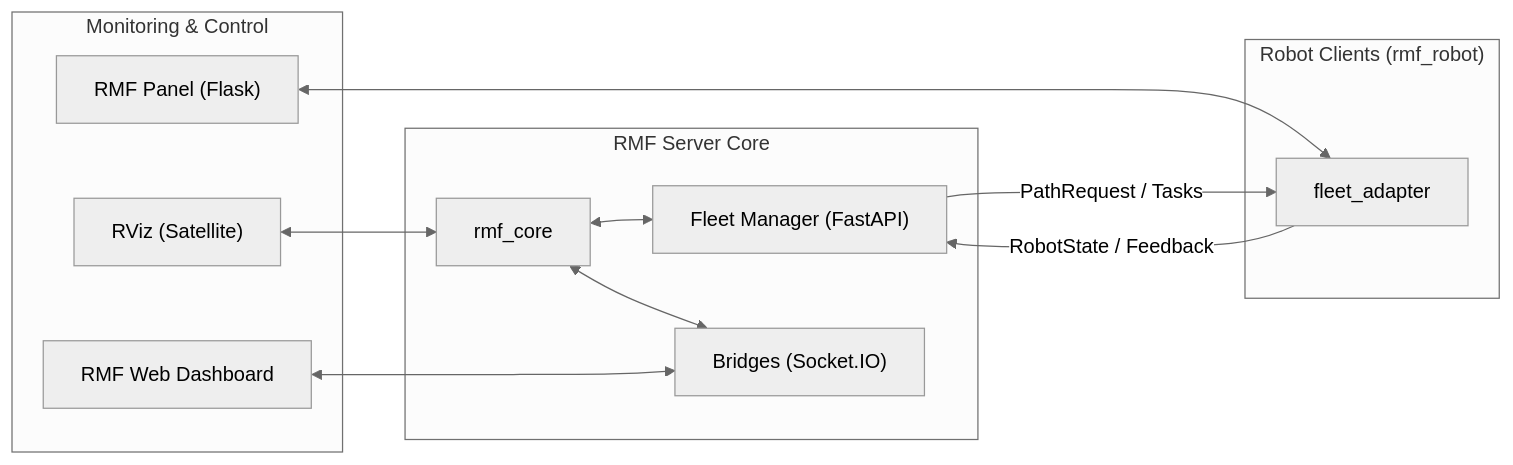
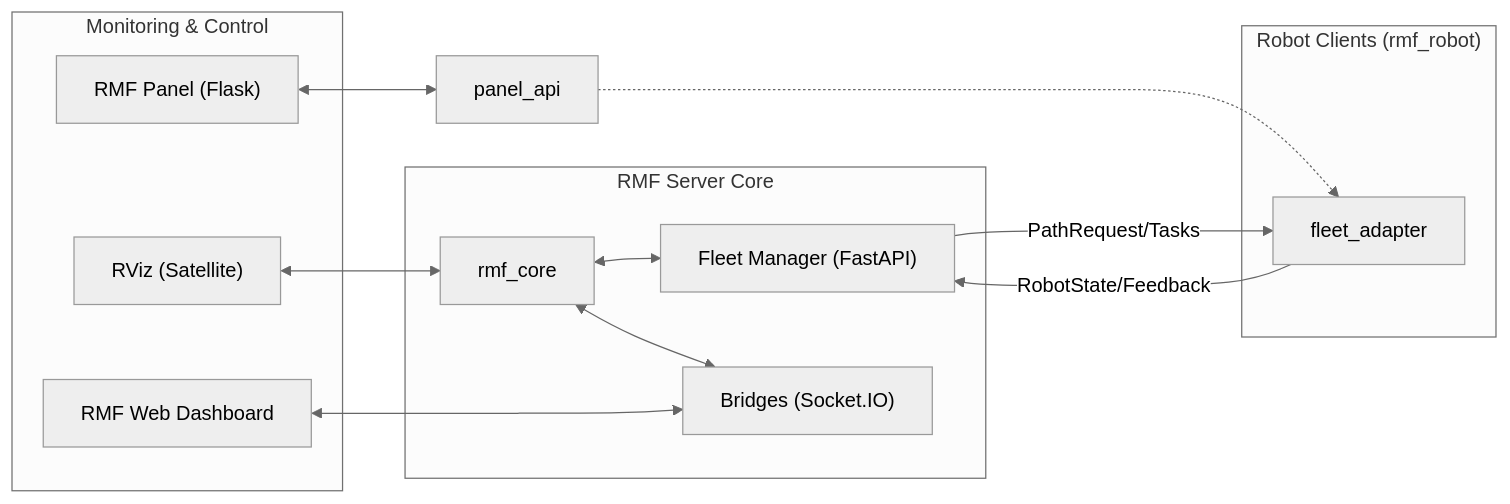
One commit to DeveloperKSH/Open-RMF_Server changed the diagram in README.md. Above: the diagram before and after it, drawn with Mermaid (neutral theme).

Commit message:
md file update

````diff
--- a/README.md
+++ b/README.md
@@ -49,34 +49,32 @@
 ```mermaid
 flowchart LR
-  %% ===== Server Core =====
   subgraph Core["RMF Server Core"]
     rmfcore["rmf_core"]
     fm["Fleet Manager (FastAPI)"]
     bridge["Bridges (Socket.IO)"]
   end
 
-  %% ===== Monitoring =====
   subgraph Mon["Monitoring & Control"]
     dash["RMF Web Dashboard"]
     panel["RMF Panel (Flask)"]
     rviz["RViz (Satellite)"]
   end
 
-  %% ===== Robot Clients =====
   subgraph Clients["Robot Clients (rmf_robot)"]
     adapter["fleet_adapter"]
   end
 
   %% Server internals
   rmfcore <--> fm
   rmfcore <--> bridge
 
-  %% Monitoring paths (증거 기반)
-  dash <--> bridge                 
-  panel <--> adapter              
-  rviz <--> rmfcore               
-  
+  %% Monitoring paths
+  dash <--> bridge          
+  panel <--> panel_api      
+  panel_api -.-> adapter    
+  rviz <--> rmfcore         
+
   %% Server ↔ Robot
-  fm -- "PathRequest / Tasks" --> adapter
-  adapter -- "RobotState / Feedback" --> fm
+  fm -- "PathRequest/Tasks" --> adapter
+  adapter -- "RobotState/Feedback" --> fm
   ```
````
